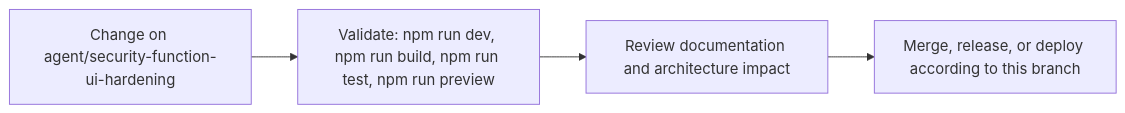
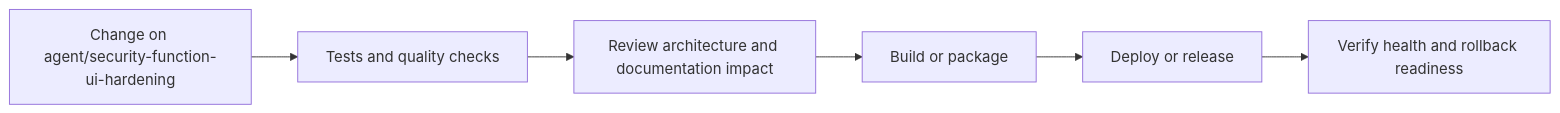
Before and after one commit to Nischhalsubba/Napiyo: the fourth of 5 diagrams in README.md, drawn with Mermaid. The commit also changed other lines of this file, not shown here.

````diff
--- a/README.md
+++ b/README.md
@@ -72,8 +153,8 @@
 ```mermaid
 flowchart LR
-    CHANGE["Change on agent/security-function-ui-hardening"]
-    CHECK["Validate: npm run dev, npm run build, npm run test, npm run preview"]
-    REVIEW["Review documentation and architecture impact"]
-    RELEASE["Merge, release, or deploy according to this branch"]
-    CHANGE --> CHECK --> REVIEW --> RELEASE
+    CHANGE["Change on agent/security-function-ui-hardening"] --> CHECK["Tests and quality checks"]
+    CHECK --> REVIEW["Review architecture and documentation impact"]
+    REVIEW --> BUILD["Build or package"]
+    BUILD --> DEPLOY["Deploy or release"]
+    DEPLOY --> VERIFY["Verify health and rollback readiness"]
 ```
````
